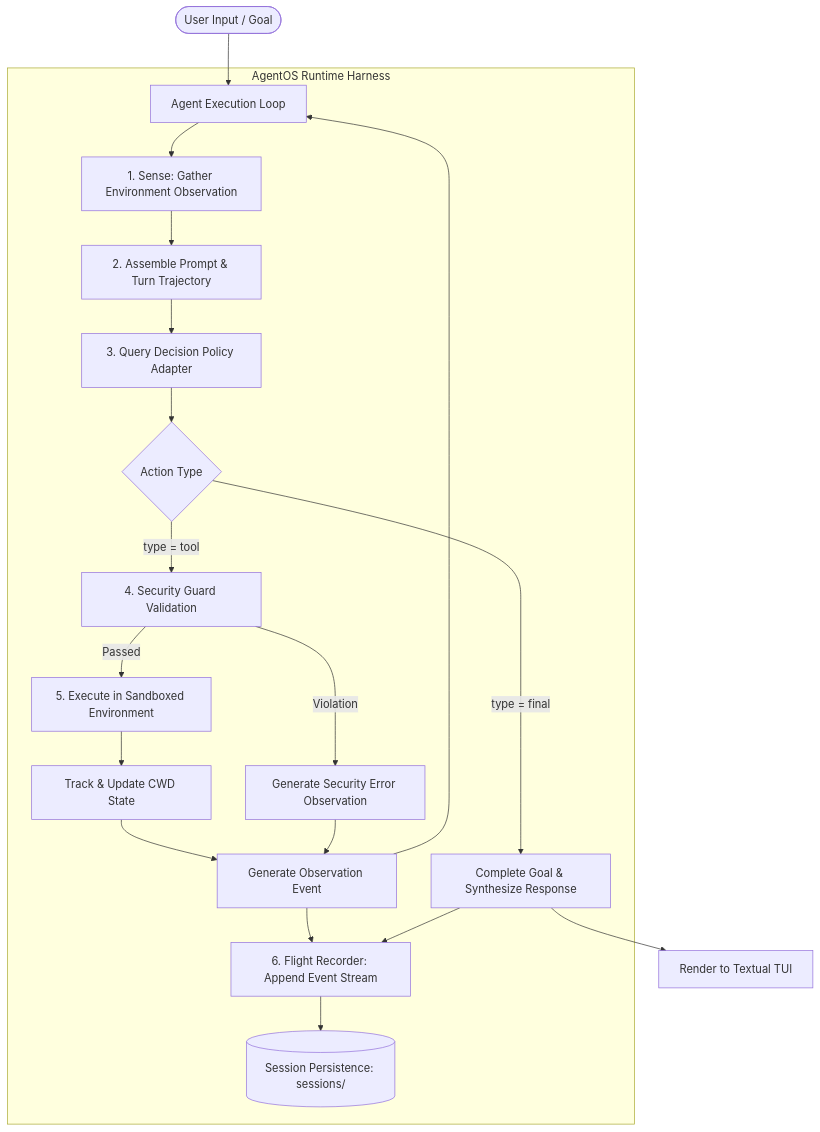
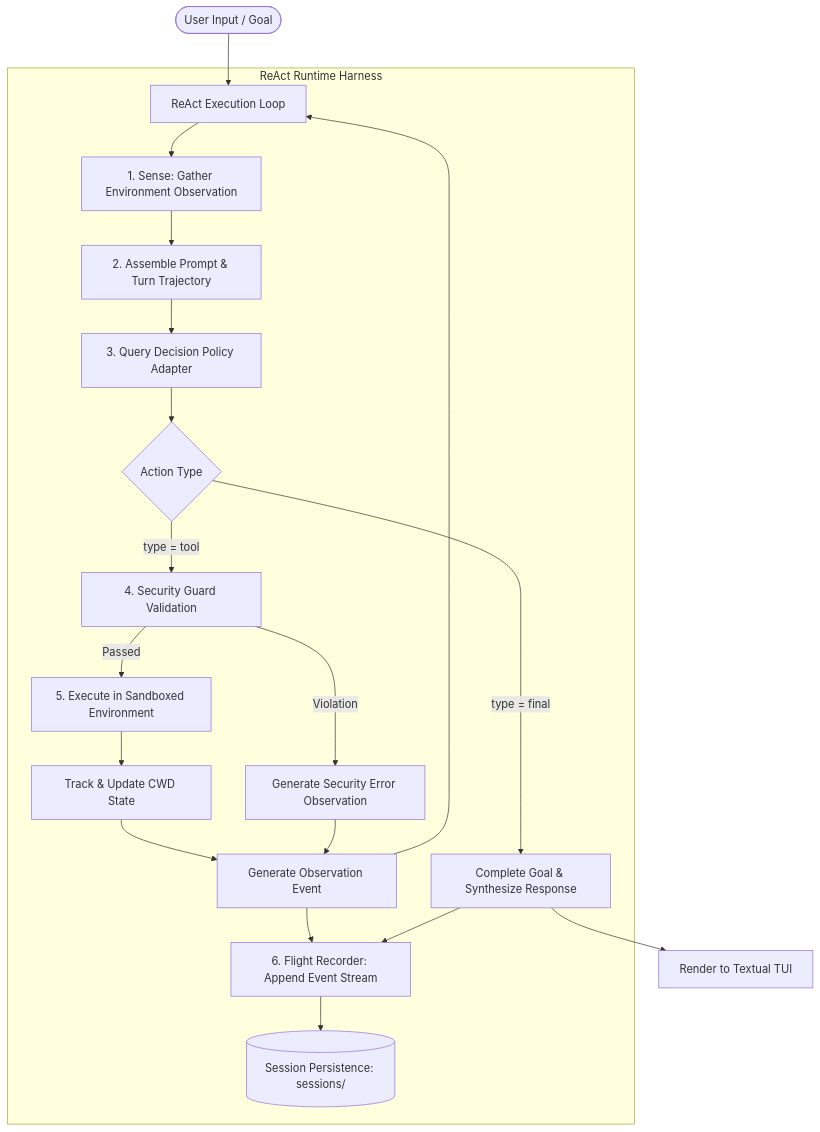
One commit to adam-adra/ReAct changed the first of 2 diagrams in README.md. Above: the diagram before and after it, drawn with Mermaid. The commit also changed other lines of this file and 5 other files, not shown here.

Commit message:
Autonomous Local Agent Harness powered by llama.   cpp

````diff
--- a/README.md
+++ b/README.md
@@ -17,27 +17,27 @@
 ```mermaid
 graph TD
-    User([User Input / Goal]) --> Loop[Agent Execution Loop]
+    User([User Input / Goal]) --> Loop[ReAct Execution Loop]
 
-    subgraph Runtime Harness [AgentOS Runtime Harness]
+    subgraph Runtime Harness [ReAct Runtime Harness]
         Loop --> Sense[1. Sense: Gather Environment Observation]
         Sense --> Context[2. Assemble Prompt & Turn Trajectory]
         Context --> Decide[3. Query Decision Policy Adapter]
         Decide --> Validate{Action Type}
 
         Validate -->|type = tool| Guard[4. Security Guard Validation]
         Guard -->|Passed| Sandbox[5. Execute in Sandboxed Environment]
         Guard -->|Violation| ErrObs[Generate Security Error Observation]
         Sandbox --> CwdUpdate[Track & Update CWD State]
         CwdUpdate --> Obs[Generate Observation Event]
         ErrObs --> Obs
 
         Validate -->|type = final| FinalAnswer[Complete Goal & Synthesize Response]
 
         Obs --> Recorder[6. Flight Recorder: Append Event Stream]
         FinalAnswer --> Recorder
         Recorder --> Disk[(Session Persistence: sessions/)]
     end
 
     Obs --> Loop
     FinalAnswer --> TUI[Render to Textual TUI]
 ```
````
